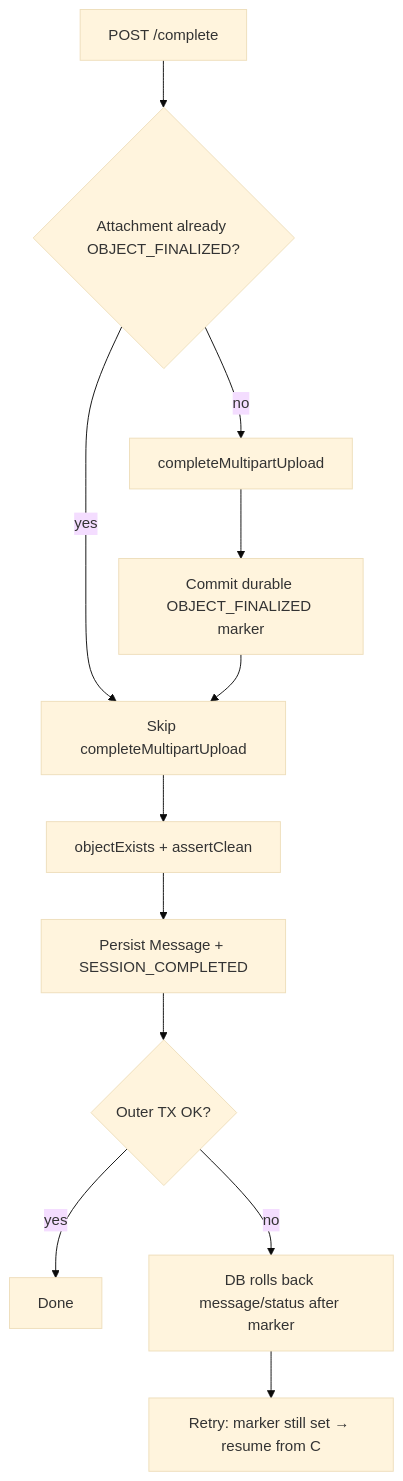
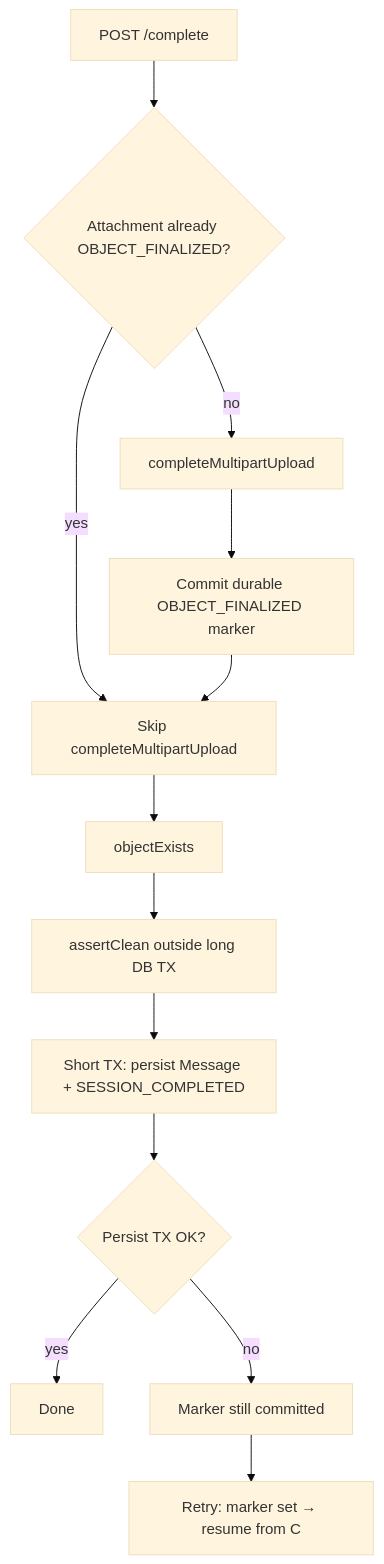
Before and after one commit to anhtuta/chat-app: the second of 2 diagrams in docs/32_MEDIA_MULTIPART_COMPLETE_COMPENSATION.md, drawn with Mermaid (base theme). The commit also changed other lines of this file and 5 other files, not shown here.

````diff
--- a/docs/32_MEDIA_MULTIPART_COMPLETE_COMPENSATION.md
+++ b/docs/32_MEDIA_MULTIPART_COMPLETE_COMPENSATION.md
@@ -126,14 +129,15 @@
 ```mermaid
 flowchart TD
   A[POST /complete] --> B{Attachment already OBJECT_FINALIZED?}
   B -->|yes| C[Skip completeMultipartUpload]
   B -->|no| D[completeMultipartUpload]
   D --> E[Commit durable OBJECT_FINALIZED marker]
   E --> C
-  C --> F[objectExists + assertClean]
-  F --> G[Persist Message + SESSION_COMPLETED]
-  G --> H{Outer TX OK?}
+  C --> F[objectExists]
+  F --> S[assertClean outside long DB TX]
+  S --> G[Short TX: persist Message + SESSION_COMPLETED]
+  G --> H{Persist TX OK?}
   H -->|yes| I[Done]
-  H -->|no| J[DB rolls back message/status after marker]
-  J --> K[Retry: marker still set → resume from C]
+  H -->|no| J[Marker still committed]
+  J --> K[Retry: marker set → resume from C]
 ```
````
